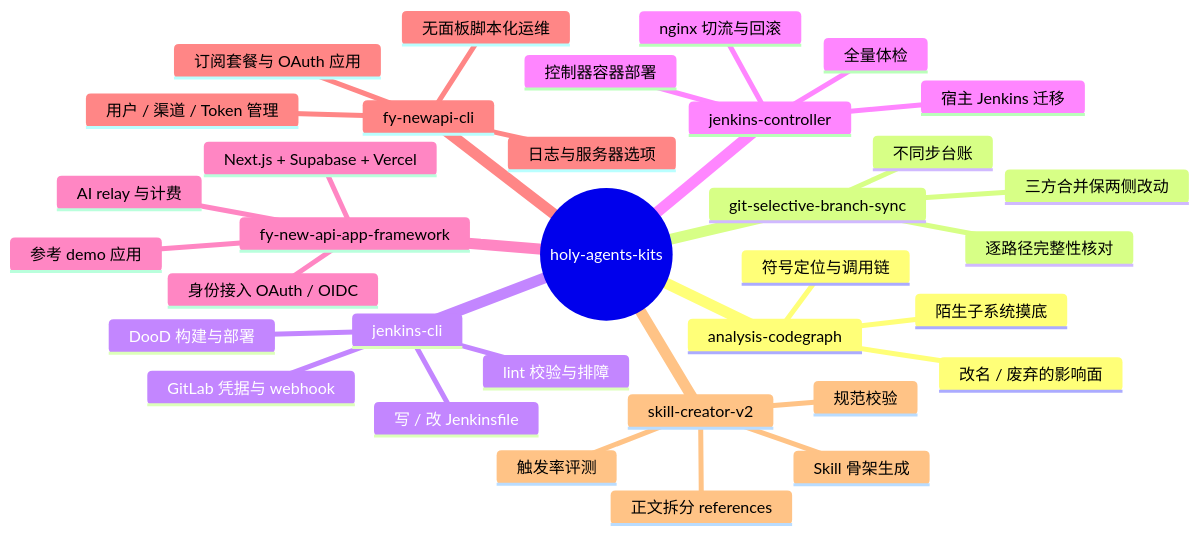
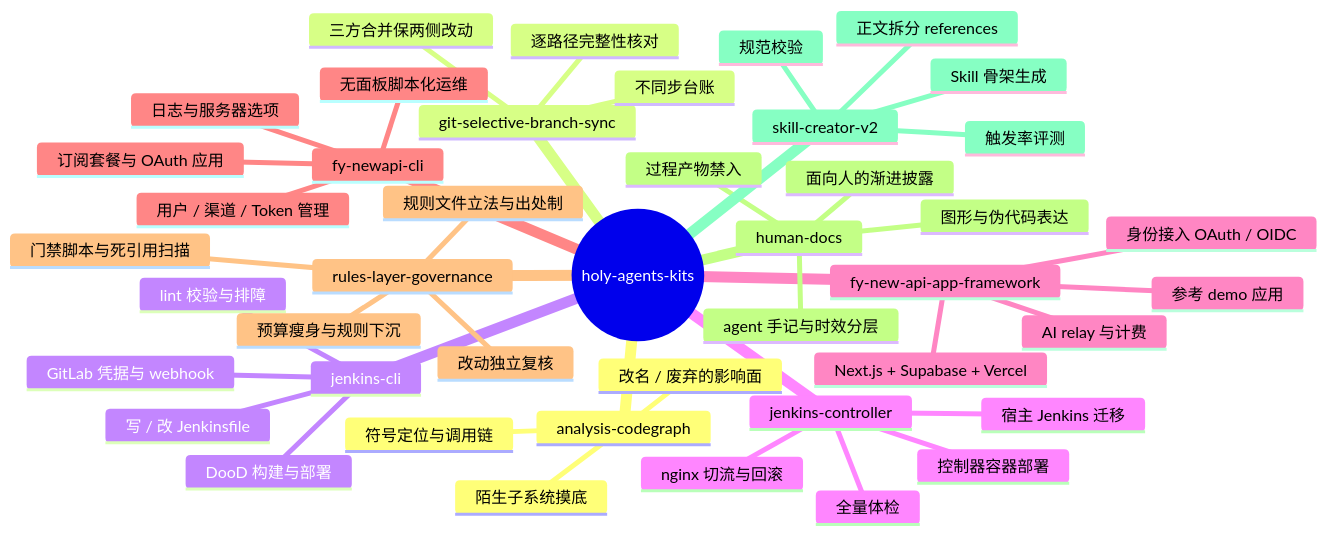
The diagram in README.md (monsterbude123/holy-agents-kits), drawn with Mermaid before and after one commit. The commit also changed other lines of this file and 10 other files, not shown here.

````diff
--- a/README.md
+++ b/README.md
@@ -13,37 +13,47 @@
 ```mermaid
 mindmap
   root((holy-agents-kits))
     analysis-codegraph
       符号定位与调用链
       改名 / 废弃的影响面
       陌生子系统摸底
     git-selective-branch-sync
       三方合并保两侧改动
       不同步台账
       逐路径完整性核对
     jenkins-cli
       写 / 改 Jenkinsfile
       DooD 构建与部署
       GitLab 凭据与 webhook
       lint 校验与排障
     jenkins-controller
       控制器容器部署
       宿主 Jenkins 迁移
       nginx 切流与回滚
       全量体检
     fy-new-api-app-framework
       身份接入 OAuth / OIDC
       AI relay 与计费
       Next.js + Supabase + Vercel
       参考 demo 应用
     fy-newapi-cli
       用户 / 渠道 / Token 管理
       日志与服务器选项
       订阅套餐与 OAuth 应用
       无面板脚本化运维
+    rules-layer-governance
+      规则文件立法与出处制
+      预算瘦身与规则下沉
+      门禁脚本与死引用扫描
+      改动独立复核
+    human-docs
+      面向人的渐进披露
+      图形与伪代码表达
+      过程产物禁入
+      agent 手记与时效分层
     skill-creator-v2
       Skill 骨架生成
       正文拆分 references
       规范校验
       触发率评测
 ```
````
